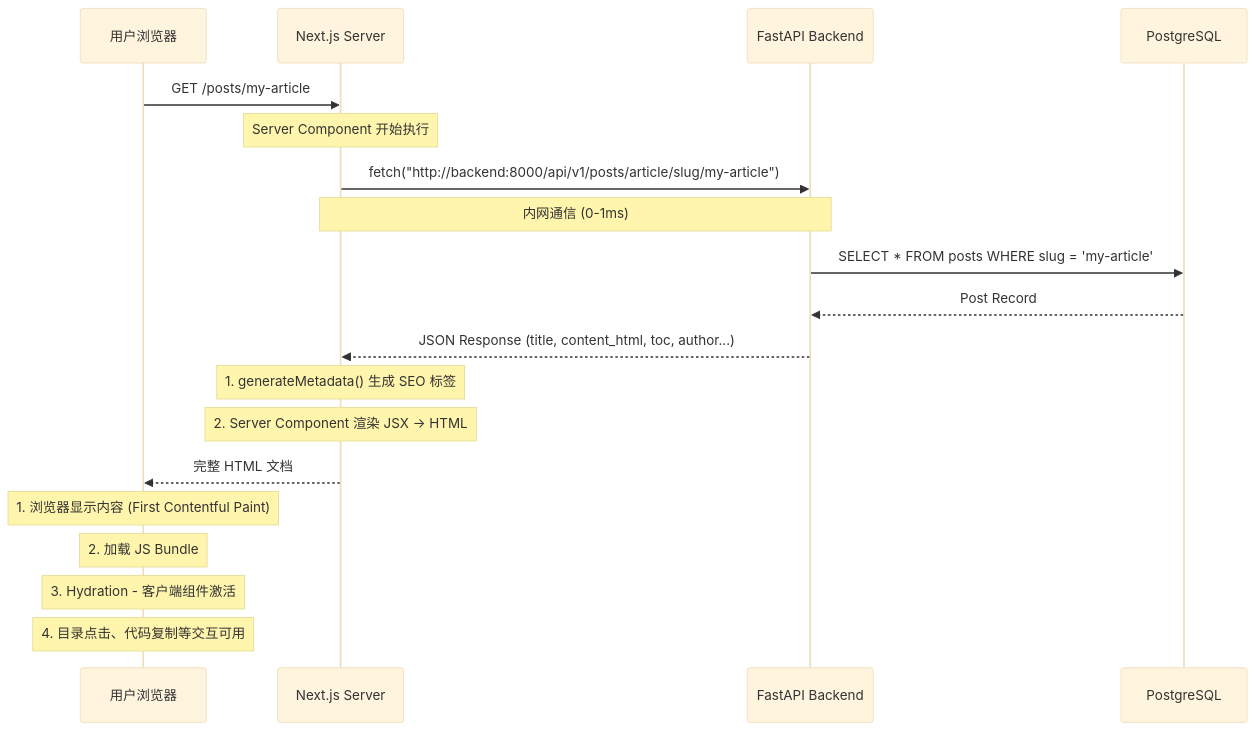
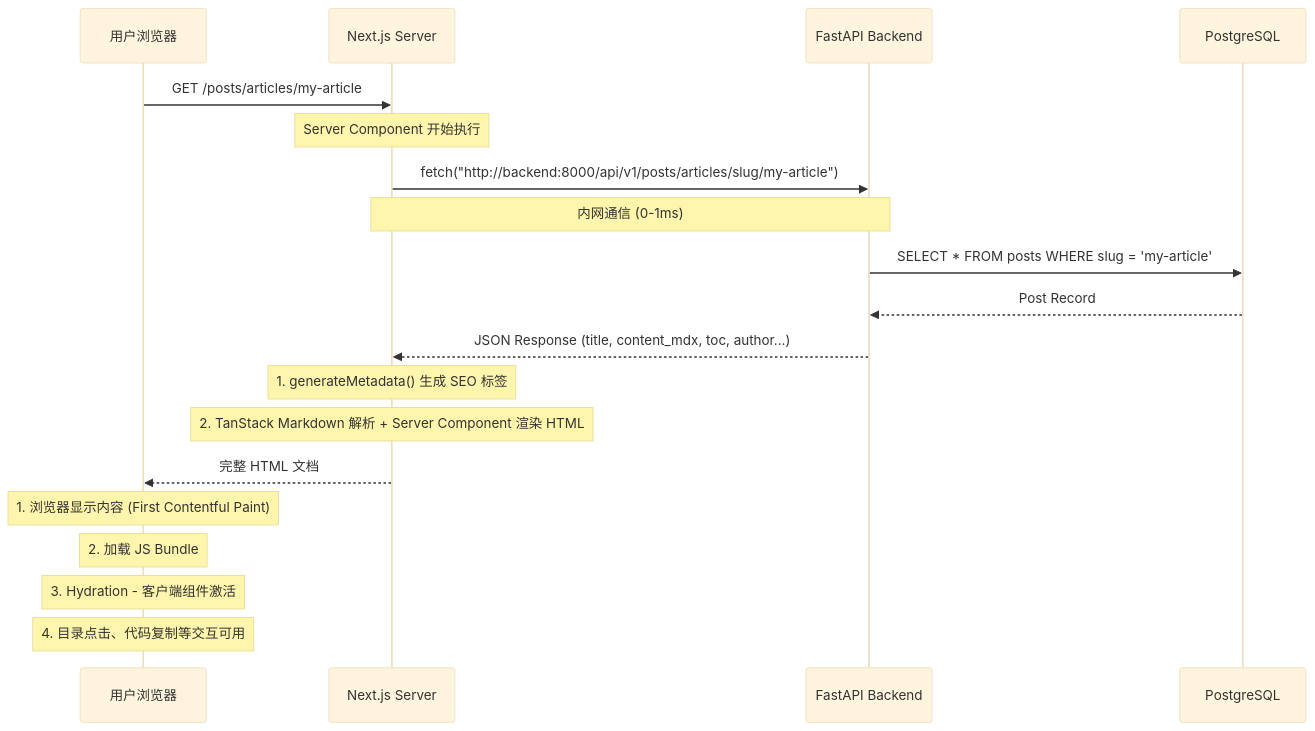
Before and after one commit to sumanin5/blog_fr: the first of 3 diagrams in ARCHITECTURE.md, drawn with Mermaid (base theme). The commit also changed other lines of this file and 45 other files, not shown here.

````diff
--- a/ARCHITECTURE.md
+++ b/ARCHITECTURE.md
@@ -86,28 +86,28 @@
 ```mermaid
 sequenceDiagram
     participant User as 用户浏览器
     participant NextServer as Next.js Server
     participant FastAPI as FastAPI Backend
     participant DB as PostgreSQL
 
-    User->>NextServer: GET /posts/my-article
+    User->>NextServer: GET /posts/articles/my-article
     Note over NextServer: Server Component 开始执行
 
-    NextServer->>FastAPI: fetch("http://backend:8000/api/v1/posts/article/slug/my-article")
+    NextServer->>FastAPI: fetch("http://backend:8000/api/v1/posts/articles/slug/my-article")
     Note over NextServer,FastAPI: 内网通信 (0-1ms)
 
     FastAPI->>DB: SELECT * FROM posts WHERE slug = 'my-article'
     DB-->>FastAPI: Post Record
 
-    FastAPI-->>NextServer: JSON Response (title, content_html, toc, author...)
+    FastAPI-->>NextServer: JSON Response (title, content_mdx, toc, author...)
 
     Note over NextServer: 1. generateMetadata() 生成 SEO 标签
-    Note over NextServer: 2. Server Component 渲染 JSX → HTML
+    Note over NextServer: 2. TanStack Markdown 解析 + Server Component 渲染 HTML
 
     NextServer-->>User: 完整 HTML 文档
 
     Note over User: 1. 浏览器显示内容 (First Contentful Paint)
     Note over User: 2. 加载 JS Bundle
     Note over User: 3. Hydration - 客户端组件激活
     Note over User: 4. 目录点击、代码复制等交互可用
 ```
````
